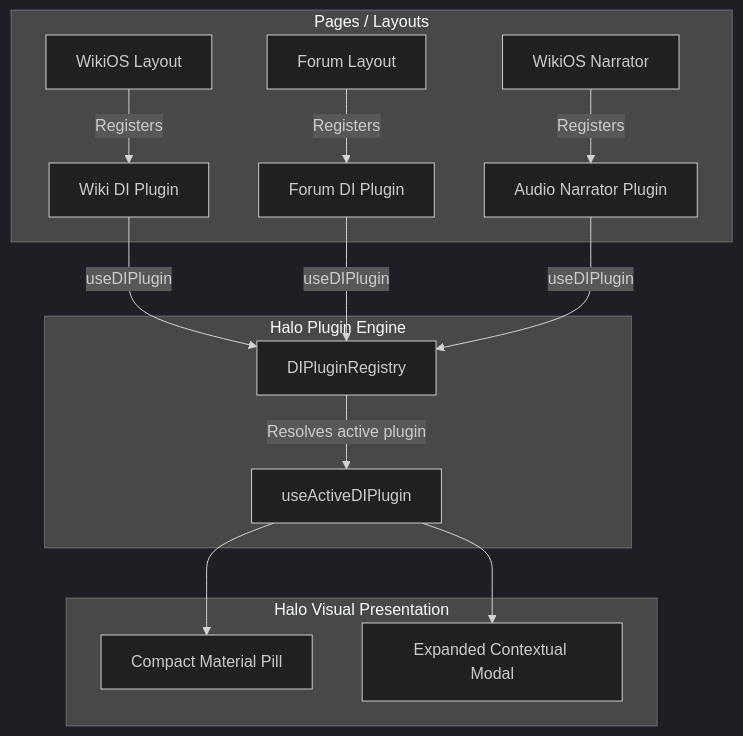
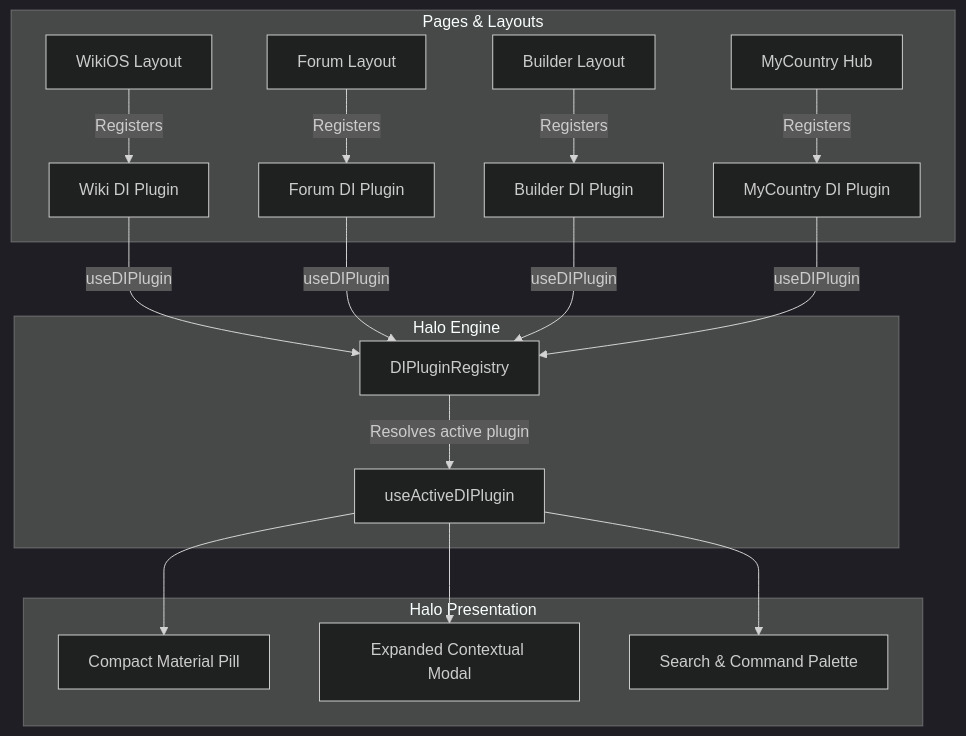
One commit to algolds/ixstats changed the diagram in docs/systems/halo.md. Above: the diagram before and after it, drawn with Mermaid (dark theme). The commit also changed other lines of this file and 32 other files, not shown here.

First line of the commit message:
feat(halo): modularize views architecture and modernize command palette (Halo v5)

````diff
--- a/docs/systems/halo.md
+++ b/docs/systems/halo.md
@@ -17,18 +111,20 @@
 ```mermaid
 graph TD
-    subgraph Pages / Layouts
+    subgraph Pages & Layouts
         Wiki[WikiOS Layout] -- Registers --> PluginW[Wiki DI Plugin]
         Forum[Forum Layout] -- Registers --> PluginF[Forum DI Plugin]
-        Narrator[WikiOS Narrator] -- Registers --> PluginN[Audio Narrator Plugin]
+        Builder[Builder Layout] -- Registers --> PluginB[Builder DI Plugin]
+        Country[MyCountry Hub] -- Registers --> PluginC[MyCountry DI Plugin]
     end
 
-    subgraph Halo Plugin Engine
-        PluginW & PluginF & PluginN -- useDIPlugin --> Registry[DIPluginRegistry]
+    subgraph Halo Engine
+        PluginW & PluginF & PluginB & PluginC -- useDIPlugin --> Registry[DIPluginRegistry]
         Registry -- Resolves active plugin --> Hook[useActiveDIPlugin]
     end
 
-    subgraph Halo Visual Presentation
+    subgraph Halo Presentation
         Hook --> CompactPill[Compact Material Pill]
         Hook --> ExpandedModal[Expanded Contextual Modal]
+        Hook --> SearchView[Search & Command Palette]
     end
 ```
````
